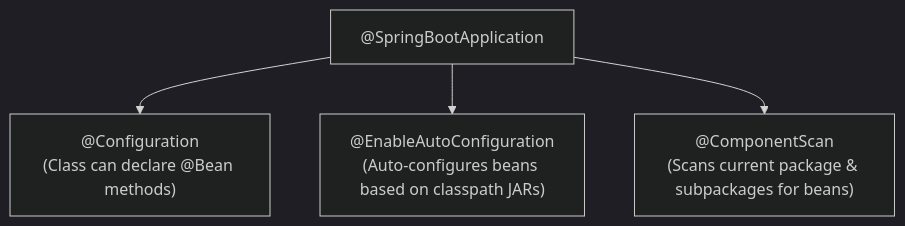
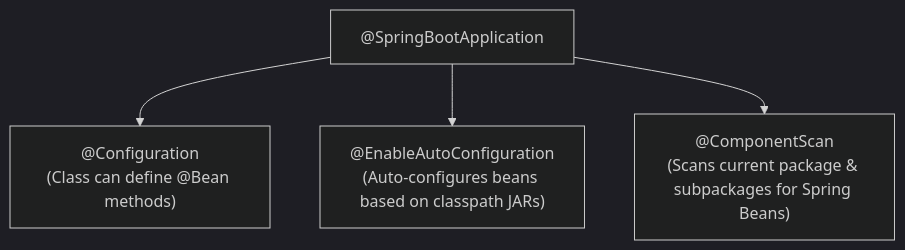
One commit to rohithgowda18/Notes changed the fifth of 23 diagrams in 06-Java-and-Spring-Boot/Spring Boot Interview Guide.md. Above: the diagram before and after it, drawn with Mermaid (dark theme). The commit also changed other lines of this file, not shown here.

Commit message:
revert(spring-boot): restore guide to commit 2ed1591

````diff
--- a/06-Java-and-Spring-Boot/Spring Boot Interview Guide.md
+++ b/06-Java-and-Spring-Boot/Spring Boot Interview Guide.md
@@ -262,7 +263,7 @@
 ```mermaid
 flowchart TD
     SBA["@SpringBootApplication"]
-    SBA --> C["@Configuration<br/>(Class can declare @Bean methods)"]
-    SBA --> EAC["@EnableAutoConfiguration<br/>(Auto-configures beans based on classpath JARs)"]
-    SBA --> CS["@ComponentScan<br/>(Scans current package & subpackages for beans)"]
+    SBA --> C["@Configuration\n(Class can define @Bean methods)"]
+    SBA --> EAC["@EnableAutoConfiguration\n(Auto-configures beans based on classpath JARs)"]
+    SBA --> CS["@ComponentScan\n(Scans current package & subpackages for Spring Beans)"]
 ```
````
